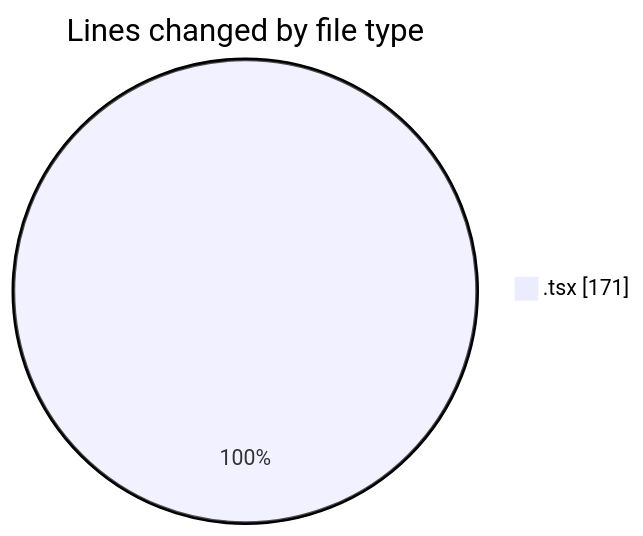
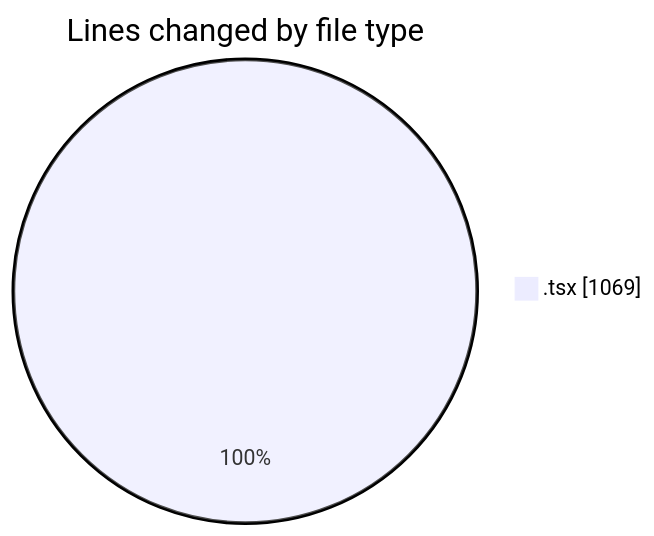
The first of 2 diagrams in 2025-10-13/eventscop-frontend-guide__workspace_/README.md (julien-gomy/code-tracking), drawn with Mermaid before and after one commit. The commit also changed other lines of this file and 1 other file, not shown here.

````diff
--- a/2025-10-13/eventscop-frontend-guide__workspace_/README.md
+++ b/2025-10-13/eventscop-frontend-guide__workspace_/README.md
@@ -23,5 +24,5 @@
 ```mermaid
 pie showData
 title Lines changed by file type
-".tsx" : 171
+".tsx" : 1069
 ```
````
